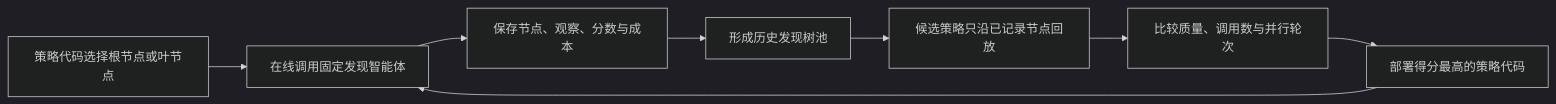
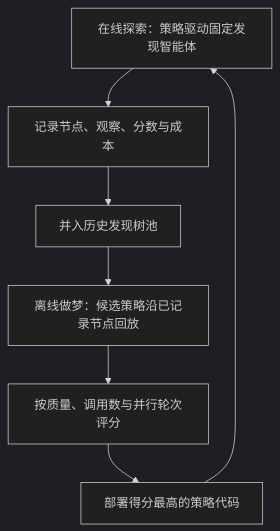
Diagram 14 of 14 in _posts/research/2026-03-06-Embodied-Agent-Papers.md (TingdeLiu/tingdeliu.github.io), drawn with Mermaid (dark theme) before and after one commit.

Commit message:
Relayout Dream-RSI mermaid diagram vertically for readable text

````diff
--- a/_posts/research/2026-03-06-Embodied-Agent-Papers.md
+++ b/_posts/research/2026-03-06-Embodied-Agent-Papers.md
@@ -2750,10 +2750,9 @@
 ```mermaid
-graph LR
-    A["策略代码选择根节点或叶节点"] --> B["在线调用固定发现智能体"]
-    B --> C["保存节点、观察、分数与成本"]
-    C --> D["形成历史发现树池"]
-    D --> E["候选策略只沿已记录节点回放"]
-    E --> F["比较质量、调用数与并行轮次"]
-    F --> G["部署得分最高的策略代码"]
-    G --> B
+graph TD
+    A["在线探索：策略驱动固定发现智能体"] --> B["记录节点、观察、分数与成本"]
+    B --> C["并入历史发现树池"]
+    C --> D["离线做梦：候选策略沿已记录节点回放"]
+    D --> E["按质量、调用数与并行轮次评分"]
+    E --> F["部署得分最高的策略代码"]
+    F --> A
 ```
````
